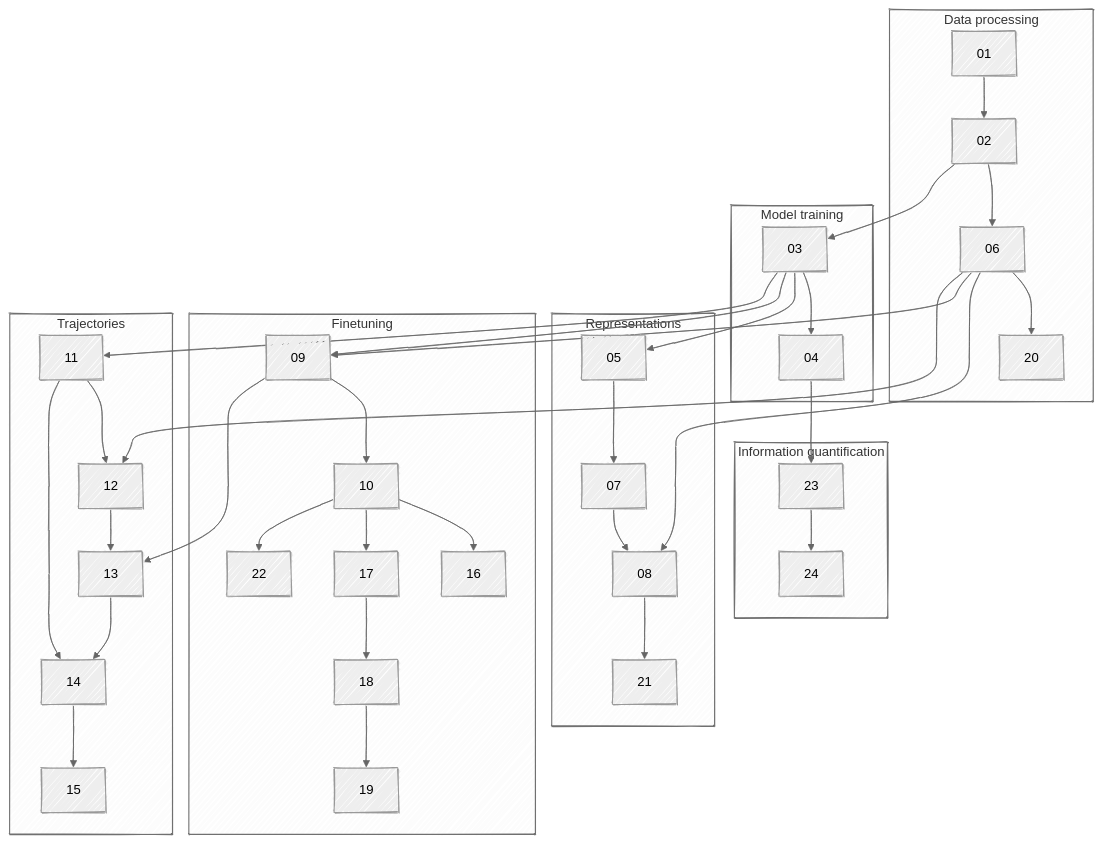
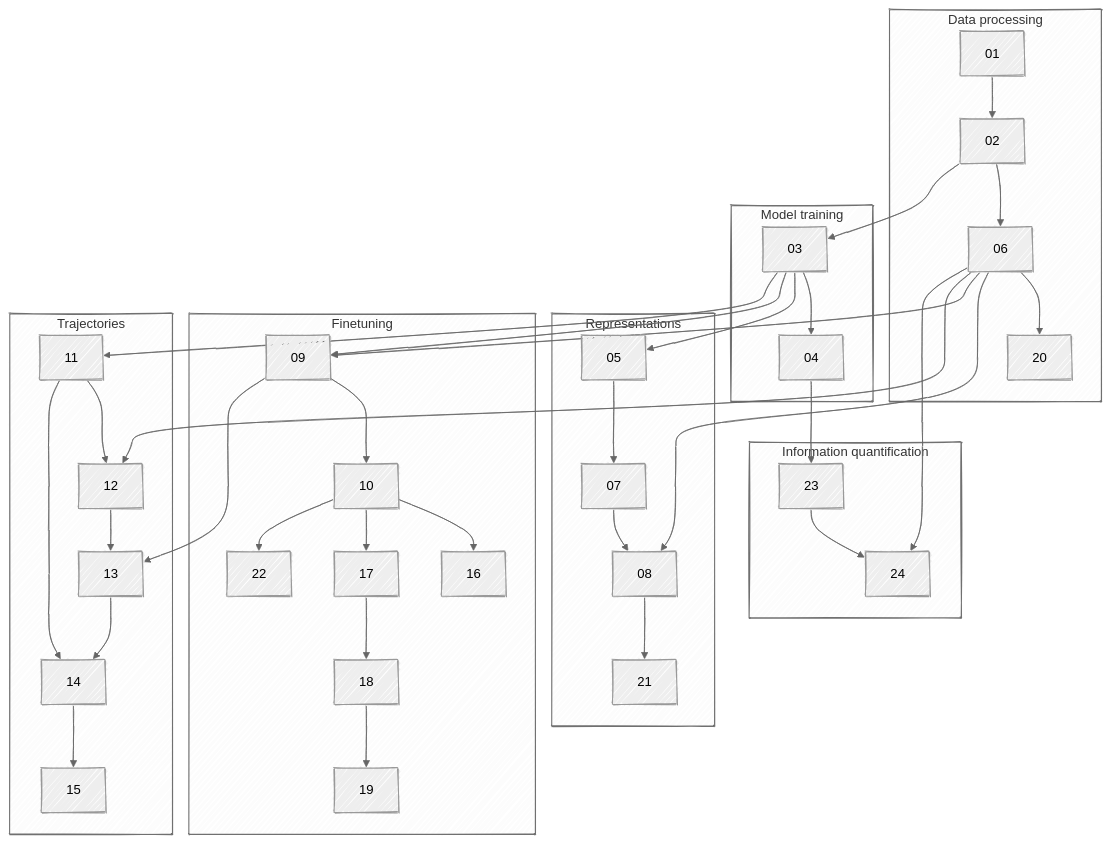
Before and after one commit to bbj-lab/fms-ehrs: the diagram in README.md, drawn with Mermaid. The commit also changed 1 other file, not shown here.

Commit message:
begin to pull out highly informative tokens

````diff
--- a/README.md
+++ b/README.md
@@ -24,63 +24,63 @@
 ```mermaid
 ---
 config:
   theme: neutral
   look: handDrawn
   layout: fixed
   themeCSS: "* { overflow: visible; }"
 ---
 flowchart TD
  subgraph s1["Data processing"]
         N1["01"]
         N2["02"]
         N6["06"]
         N20["20"]
   end
  subgraph s2["Model training"]
         N3["03"]
         N4["04"]
   end
  subgraph s3["Representations"]
         N5["05"]
         N7["07"]
         N8["08"]
         N21["21"]
   end
  subgraph s4["Finetuning"]
         N9["09"]
         N10["10"]
         N16["16"]
         N17["17"]
         N18["18"]
         N19["19"]
         N22["22"]
   end
  subgraph s5["Trajectories"]
         N11["11"]
         N12["12"]
         N13["13"]
         N14["14"]
         N15["15"]
   end
  subgraph s6["Information quantification"]
         N23["23"]
         N24["24"]
  end
     N1 --> N2
     N2 --> N6 & N3
-    N6 --> N20 & N8 & N9 & N12
+    N6 --> N20 & N8 & N9 & N12 & N24
     N3 --> N4 & N5 & N9 & N11
     N5 --> N7
     N7 --> N8
     N8 --> N21
     N9 --> N10 & N13
     N10 --> N16 & N17 & N22
     N17 --> N18
     N18 --> N19
     N11 --> N12 & N14
     N12 --> N13
     N13 --> N14
     N14 --> N15
     N4 --> N23
     N23 --> N24
 ```
````
